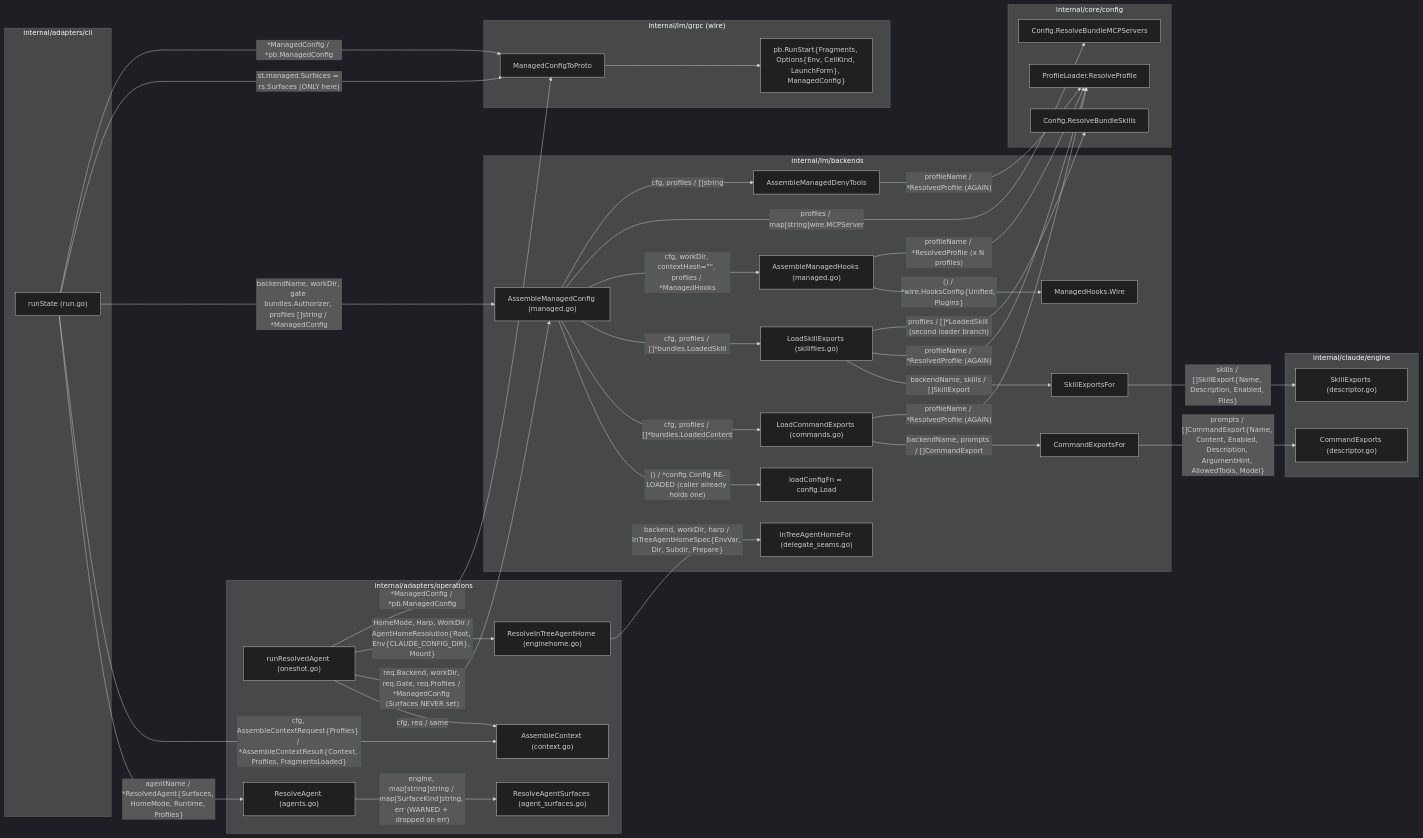
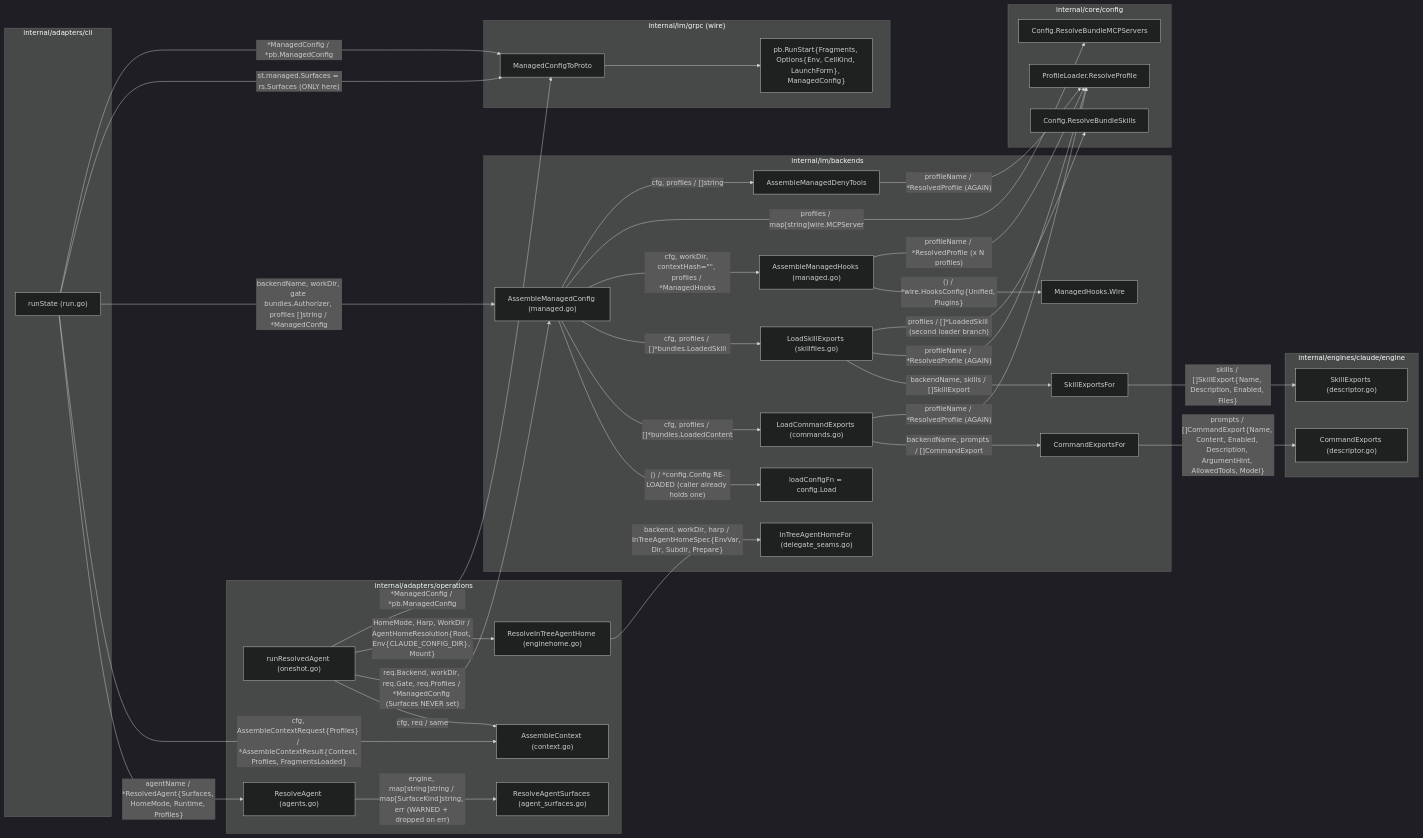
One commit to ctxloom/ctxloom changed the first of 10 diagrams in docs/architecture/audit-2026-09-18/03-delivery-surfaces.md. Above: the diagram before and after it, drawn with Mermaid (dark theme). The commit also changed other lines of this file and 211 other files, not shown here.

First line of the commit message:
refactor(arch): move the engines ring into internal/engines

````diff
--- a/docs/architecture/audit-2026-09-18/03-delivery-surfaces.md
+++ b/docs/architecture/audit-2026-09-18/03-delivery-surfaces.md
@@ -43,67 +43,67 @@
 ```mermaid
 flowchart LR
   subgraph cli["internal/adapters/cli"]
     RUN["runState (run.go)"]
   end
   subgraph ops["internal/adapters/operations"]
     RRA["runResolvedAgent (oneshot.go)"]
     RA["ResolveAgent (agents.go)"]
     RAS["ResolveAgentSurfaces (agent_surfaces.go)"]
     AC["AssembleContext (context.go)"]
     RIH["ResolveInTreeAgentHome (enginehome.go)"]
   end
   subgraph be["internal/lm/backends"]
     AMC["AssembleManagedConfig (managed.go)"]
     LCF["loadConfigFn = config.Load"]
     LCE["LoadCommandExports (commands.go)"]
     LSE["LoadSkillExports (skillfiles.go)"]
     CEF["CommandExportsFor"]
     SEF["SkillExportsFor"]
     AMH["AssembleManagedHooks (managed.go)"]
     AMD["AssembleManagedDenyTools"]
     WIRE["ManagedHooks.Wire"]
     ITH["InTreeAgentHomeFor (delegate_seams.go)"]
   end
   subgraph cfg["internal/core/config"]
     RBM["Config.ResolveBundleMCPServers"]
     RP["ProfileLoader.ResolveProfile"]
     RBS["Config.ResolveBundleSkills"]
   end
-  subgraph ce["internal/claude/engine"]
+  subgraph ce["internal/engines/claude/engine"]
     CX["CommandExports (descriptor.go)"]
     SX["SkillExports (descriptor.go)"]
   end
   subgraph pb["internal/lm/grpc (wire)"]
     MCP["ManagedConfigToProto"]
     RS["pb.RunStart{Fragments, Options{Env, CellKind, LaunchForm}, ManagedConfig}"]
   end
 
   RUN -- "agentName / *ResolvedAgent{Surfaces, HomeMode, Runtime, Profiles}" --> RA
   RA -- "engine, map[string]string / map[SurfaceKind]string, err (WARNED + dropped on err)" --> RAS
   RUN -- "cfg, AssembleContextRequest{Profiles} / *AssembleContextResult{Context, Profiles, FragmentsLoaded}" --> AC
   RRA -- "cfg, req / same" --> AC
   RUN -- "backendName, workDir, gate bundles.Authorizer, profiles []string / *ManagedConfig" --> AMC
   RRA -- "req.Backend, workDir, req.Gate, req.Profiles / *ManagedConfig (Surfaces NEVER set)" --> AMC
   AMC -- "() / *config.Config RE-LOADED (caller already holds one)" --> LCF
   AMC -- "cfg, profiles / []*bundles.LoadedContent" --> LCE
   AMC -- "cfg, profiles / []*bundles.LoadedSkill" --> LSE
   LCE -- "backendName, prompts / []CommandExport" --> CEF
   LSE -- "backendName, skills / []SkillExport" --> SEF
   CEF -- "prompts / []CommandExport{Name, Content, Enabled, Description, ArgumentHint, AllowedTools, Model}" --> CX
   SEF -- "skills / []SkillExport{Name, Description, Enabled, Files}" --> SX
   AMC -- "cfg, workDir, contextHash=&quot;&quot;, profiles / *ManagedHooks" --> AMH
   AMH -- "() / *wire.HooksConfig{Unified, Plugins}" --> WIRE
   AMC -- "profiles / map[string]wire.MCPServer" --> RBM
   AMC -- "cfg, profiles / []string" --> AMD
   AMH -- "profileName / *ResolvedProfile (x N profiles)" --> RP
   AMD -- "profileName / *ResolvedProfile (AGAIN)" --> RP
   LCE -- "profileName / *ResolvedProfile (AGAIN)" --> RP
   LSE -- "profileName / *ResolvedProfile (AGAIN)" --> RP
   LSE -- "profiles / []*LoadedSkill (second loader branch)" --> RBS
   RUN -- "st.managed.Surfaces = rs.Surfaces (ONLY here)" --> MCP
   RRA -- "HomeMode, Harp, WorkDir / AgentHomeResolution{Root, Env{CLAUDE_CONFIG_DIR}, Mount}" --> RIH
   RIH -- "backend, workDir, harp / InTreeAgentHomeSpec{EnvVar, Dir, Subdir, Prepare}" --> ITH
   RUN -- "*ManagedConfig / *pb.ManagedConfig" --> MCP
   RRA -- "*ManagedConfig / *pb.ManagedConfig" --> MCP
   MCP --> RS
 ```
````
